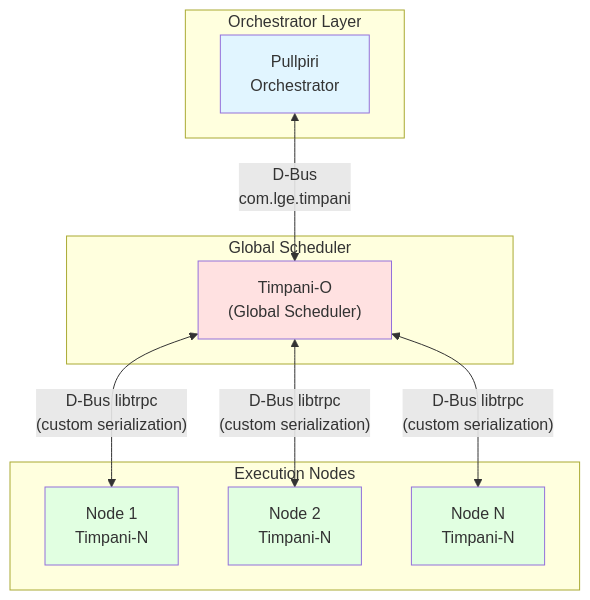
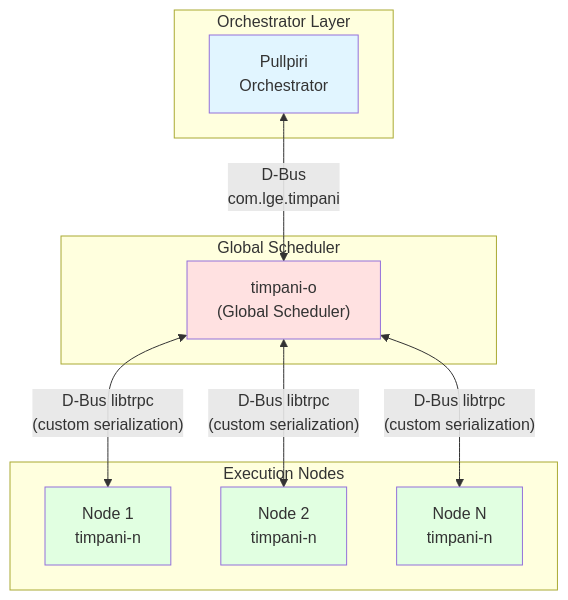
The first of 9 diagrams in doc/architecture/grpc_architecture.md (akshaylg0314/timpani-akshay), drawn with Mermaid before and after one commit. The commit also changed other lines of this file and 4 other files, not shown here.

Commit message:
docs: update documentation to standardize phases to steps in development and migration roadmaps

````diff
--- a/doc/architecture/grpc_architecture.md
+++ b/doc/architecture/grpc_architecture.md
@@ -80,27 +76,27 @@
 ```mermaid
 graph TB
     subgraph Orchestrator["Orchestrator Layer"]
         Pullpiri["Pullpiri<br/>Orchestrator"]
     end
 
     subgraph GlobalScheduler["Global Scheduler"]
-        TimpaniO["Timpani-O<br/>(Global Scheduler)"]
+        TimpaniO["timpani-o<br/>(Global Scheduler)"]
     end
 
     subgraph Nodes["Execution Nodes"]
-        Node1["Node 1<br/>Timpani-N"]
-        Node2["Node 2<br/>Timpani-N"]
-        NodeN["Node N<br/>Timpani-N"]
+        Node1["Node 1<br/>timpani-n"]
+        Node2["Node 2<br/>timpani-n"]
+        NodeN["Node N<br/>timpani-n"]
     end
 
     Pullpiri <-->|"D-Bus<br/>com.lge.timpani"| TimpaniO
     TimpaniO <-->|"D-Bus libtrpc<br/>(custom serialization)"| Node1
     TimpaniO <-->|"D-Bus libtrpc<br/>(custom serialization)"| Node2
     TimpaniO <-->|"D-Bus libtrpc<br/>(custom serialization)"| NodeN
 
     style Pullpiri fill:#e1f5ff
     style TimpaniO fill:#ffe1e1
     style Node1 fill:#e1ffe1
     style Node2 fill:#e1ffe1
     style NodeN fill:#e1ffe1
 ```
````
